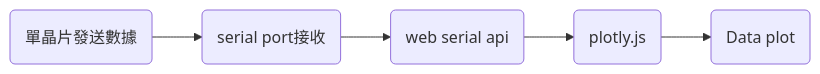
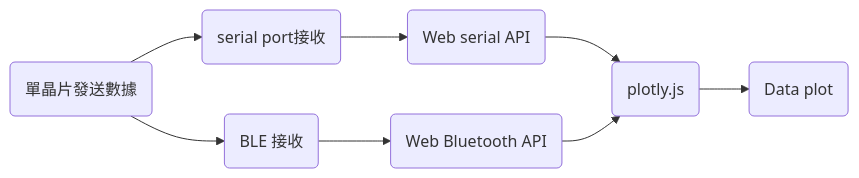
One commit to TONYWU115/My-project changed the diagram in README.md. Above: the diagram before and after it, drawn with Mermaid. The commit also changed other lines of this file and 1 other file, not shown here.

Commit message:
slightly modified 2

````diff
--- a/README.md
+++ b/README.md
@@ -27,7 +27,12 @@
 ```mermaid
 flowchart LR
     A(單晶片發送數據) -->B(serial port接收)
-    B --> C(web serial api)
+    B --> C(Web serial API)
     C --> D(plotly.js)
     D --> E(Data plot)
+
+    A --> F(BLE 接收)
+    F --> G(Web Bluetooth API)
+    G --> D
+
 ```
````
